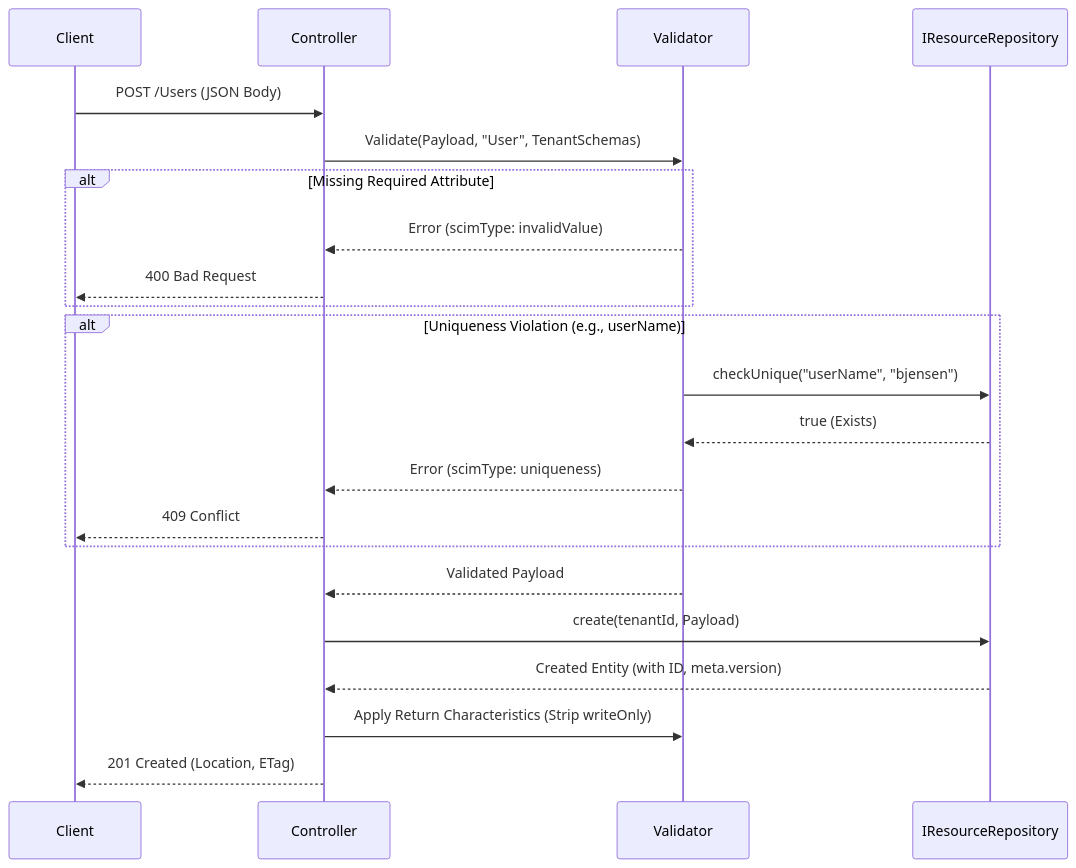
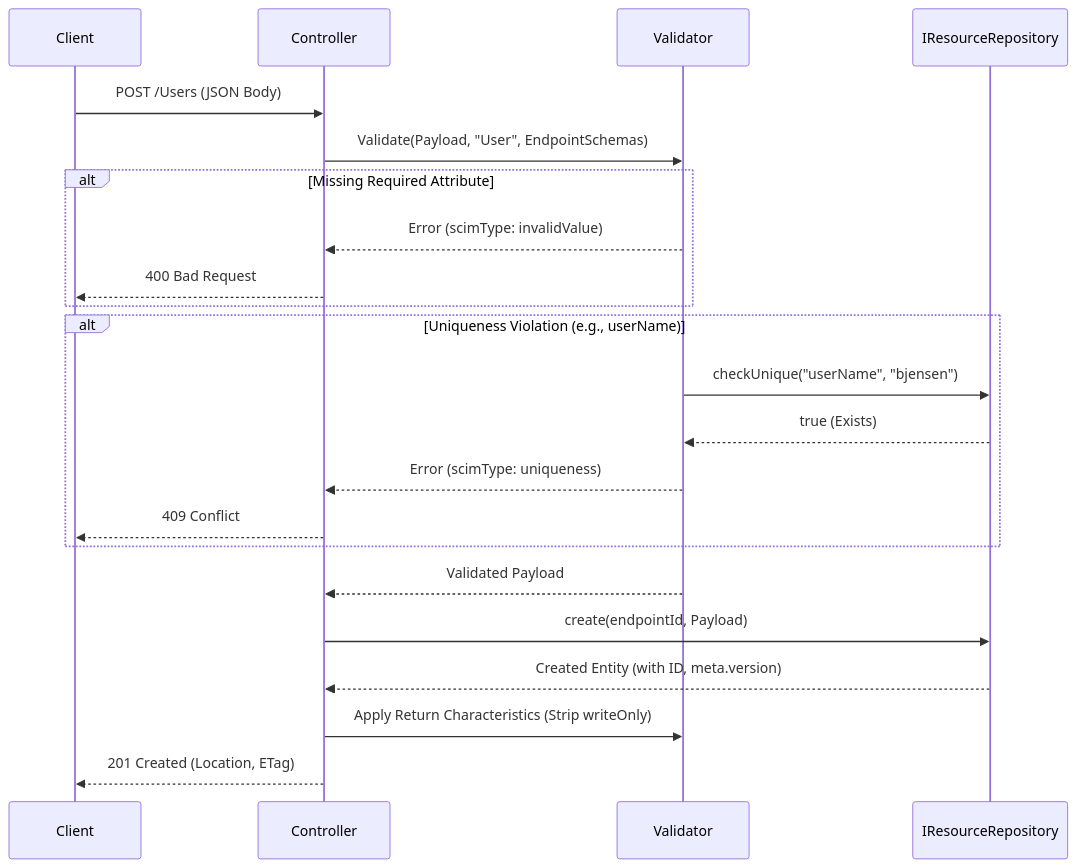
The second of 2 diagrams in docs/COMPLETE_AGNOSTIC_SCIM_ARCHITECTURE.md (pranems/SCIMServer), drawn with Mermaid before and after one commit. The commit also changed other lines of this file and 288 other files, not shown here.

````diff
--- a/docs/COMPLETE_AGNOSTIC_SCIM_ARCHITECTURE.md
+++ b/docs/COMPLETE_AGNOSTIC_SCIM_ARCHITECTURE.md
@@ -151,28 +151,28 @@
 ```mermaid
 sequenceDiagram
     participant Client
     participant Controller
     participant Validator
     participant Repo as IResourceRepository
     
     Client->>Controller: POST /Users (JSON Body)
-    Controller->>Validator: Validate(Payload, "User", TenantSchemas)
+    Controller->>Validator: Validate(Payload, "User", EndpointSchemas)
     
     alt Missing Required Attribute
         Validator-->>Controller: Error (scimType: invalidValue)
         Controller-->>Client: 400 Bad Request
     end
     
     alt Uniqueness Violation (e.g., userName)
         Validator->>Repo: checkUnique("userName", "bjensen")
         Repo-->>Validator: true (Exists)
         Validator-->>Controller: Error (scimType: uniqueness)
         Controller-->>Client: 409 Conflict
     end
     
     Validator-->>Controller: Validated Payload
-    Controller->>Repo: create(tenantId, Payload)
+    Controller->>Repo: create(endpointId, Payload)
     Repo-->>Controller: Created Entity (with ID, meta.version)
     Controller->>Validator: Apply Return Characteristics (Strip writeOnly)
     Controller-->>Client: 201 Created (Location, ETag)
 ```
````
